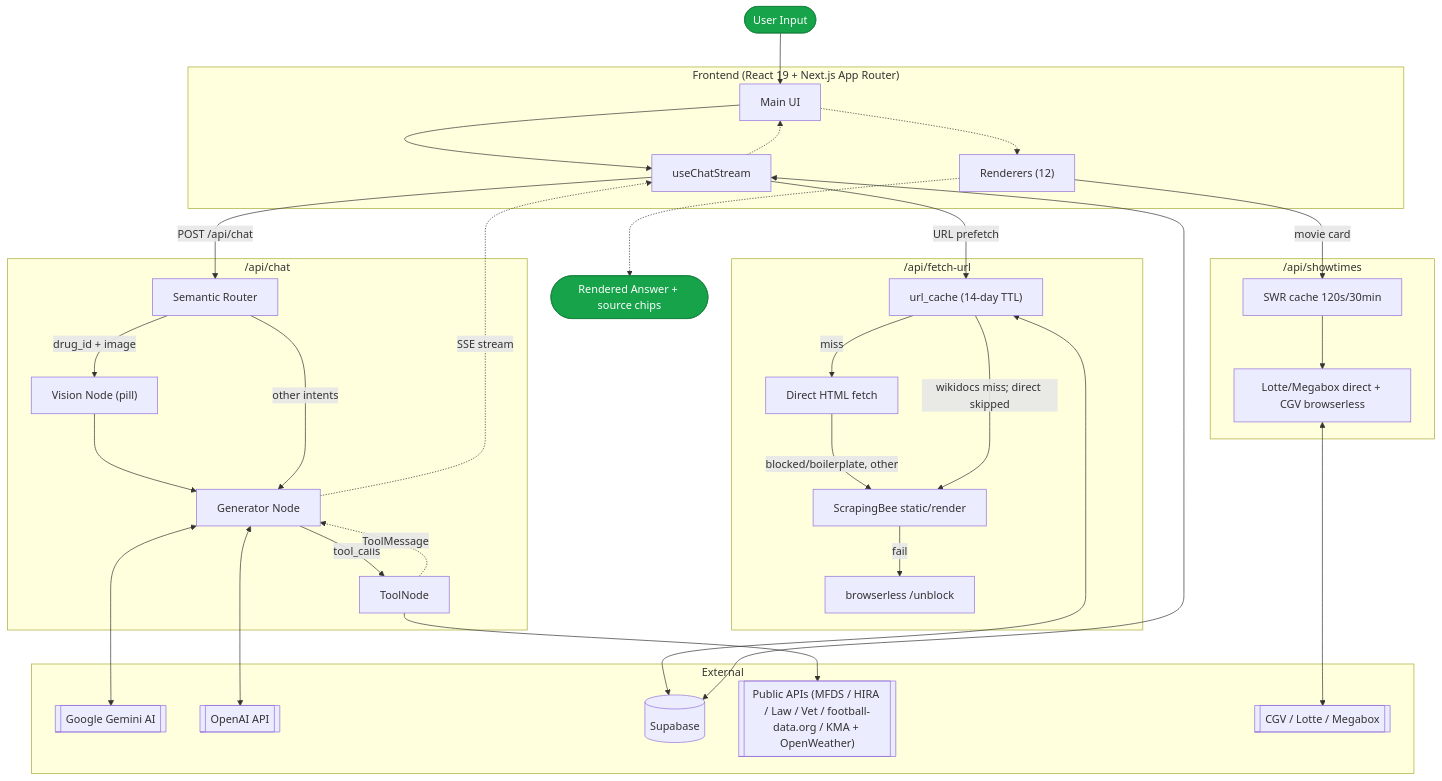
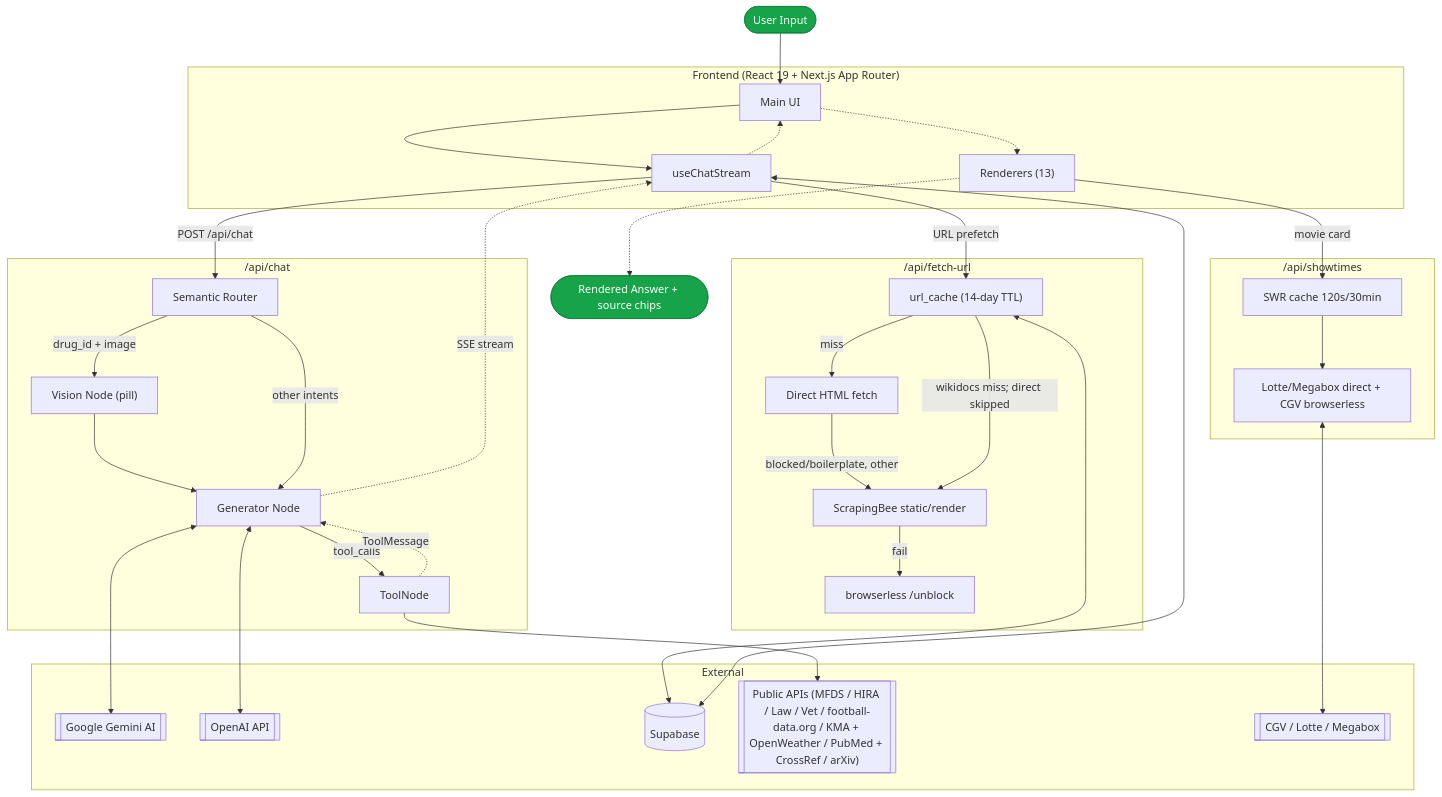
One commit to jpjp92/chat-agent changed the first of 2 diagrams in README.md. Above: the diagram before and after it, drawn with Mermaid. The commit also changed other lines of this file and 14 other files, not shown here.

````diff
--- a/README.md
+++ b/README.md
@@ -86,59 +88,59 @@
 ```mermaid
 flowchart TB
     In([User Input])
 
     subgraph Frontend ["Frontend (React 19 + Next.js App Router)"]
         UI[Main UI]
         Stream[useChatStream]
-        Renderers["Renderers (12)"]
+        Renderers["Renderers (13)"]
     end
 
     subgraph FetchAPI ["/api/fetch-url"]
         URLCache["url_cache (14-day TTL)"]
         Direct["Direct HTML fetch"]
         ScrapingBee["ScrapingBee static/render"]
         Browserless["browserless /unblock"]
     end
 
     subgraph ChatAPI ["/api/chat"]
         Router["Semantic Router"]
         Vision["Vision Node (pill)"]
         Generator["Generator Node"]
         ToolNode["ToolNode"]
     end
 
     subgraph ShowtimesAPI ["/api/showtimes"]
         SWR["SWR cache 120s/30min"]
         ChainFetch["Lotte/Megabox direct + CGV browserless"]
     end
 
     subgraph External ["External"]
         Gemini[["Google Gemini AI"]]
         OpenAI[["OpenAI API"]]
         Supabase[("Supabase")]
-        APIs[["Public APIs (MFDS / HIRA / Law / Vet / football-data.org / KMA + OpenWeather)"]]
+        APIs[["Public APIs (MFDS / HIRA / Law / Vet / football-data.org / KMA + OpenWeather / PubMed + CrossRef / arXiv)"]]
         Multiplex[["CGV / Lotte / Megabox"]]
     end
 
     Out([Rendered Answer + source chips])
 
     In --> UI --> Stream
     Stream -->|URL prefetch| URLCache -->|miss| Direct
     Direct -->|blocked/boilerplate, other| ScrapingBee
     URLCache -->|wikidocs miss; direct skipped| ScrapingBee
     ScrapingBee -->|fail| Browserless
     URLCache <--> Supabase
     Stream -->|POST /api/chat| Router
     Router -->|drug_id + image| Vision --> Generator
     Router -->|other intents| Generator
     Generator -->|tool_calls| ToolNode --> APIs
     Renderers -->|movie card| SWR --> ChainFetch <--> Multiplex
     Generator <--> Gemini
     Generator <--> OpenAI
     ToolNode -.->|ToolMessage| Generator
     Generator -.->|SSE stream| Stream -.-> UI -.-> Renderers -.-> Out
     Stream <--> Supabase
 
     classDef io fill:#16a34a,stroke:#15803d,color:#fff;
     class In,Out io;
 ```
````
